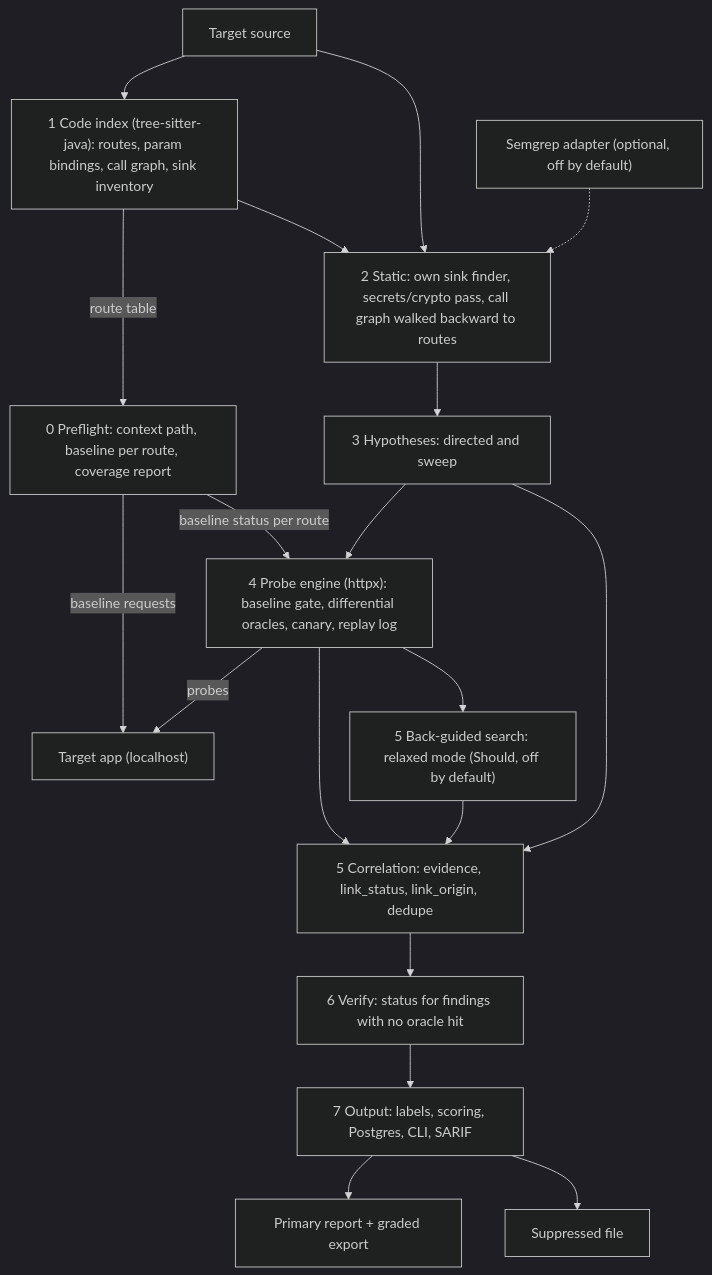
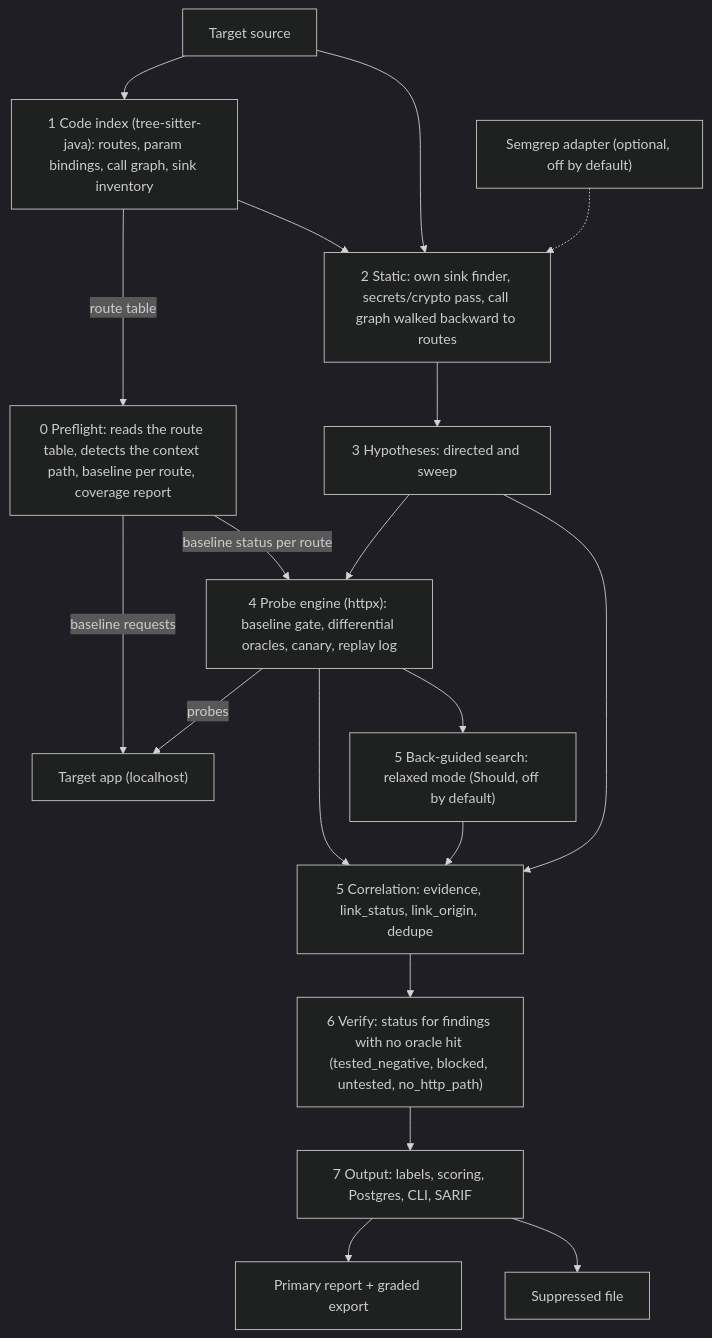
Before and after one commit to ROHITH-KUMAR-L/elenchus: the first of 2 diagrams in docs/architecture.md, drawn with Mermaid (dark theme). The commit also changed other lines of this file and 3 other files, not shown here.

````diff
--- a/docs/architecture.md
+++ b/docs/architecture.md
@@ -27,33 +27,33 @@
 ```mermaid
 flowchart TD
     src[Target source]
     app["Target app (localhost)"]
     idx["1 Code index (tree-sitter-java): routes, param bindings, call graph, sink inventory"]
-    pre["0 Preflight: context path, baseline per route, coverage report"]
+    pre["0 Preflight: reads the route table, detects the context path, baseline per route, coverage report"]
     sta["2 Static: own sink finder, secrets/crypto pass, call graph walked backward to routes"]
     semgrep["Semgrep adapter (optional, off by default)"]
     hyp["3 Hypotheses: directed and sweep"]
     probe["4 Probe engine (httpx): baseline gate, differential oracles, canary, replay log"]
     corr["5 Correlation: evidence, link_status, link_origin, dedupe"]
     bg["5 Back-guided search: relaxed mode (Should, off by default)"]
-    ver["6 Verify: status for findings with no oracle hit"]
+    ver["6 Verify: status for findings with no oracle hit (tested_negative, blocked, untested, no_http_path)"]
     out["7 Output: labels, scoring, Postgres, CLI, SARIF"]
     src --> idx
     idx -- route table --> pre
     pre -- baseline requests --> app
     idx --> sta
     src --> sta
     semgrep -.-> sta
     sta --> hyp
     pre -- baseline status per route --> probe
     hyp --> probe
     probe -- probes --> app
     probe --> corr
     probe --> bg
     bg --> corr
     hyp --> corr
     corr --> ver
     ver --> out
     out --> graded["Primary report + graded export"]
     out --> supp["Suppressed file"]
 ```
````
